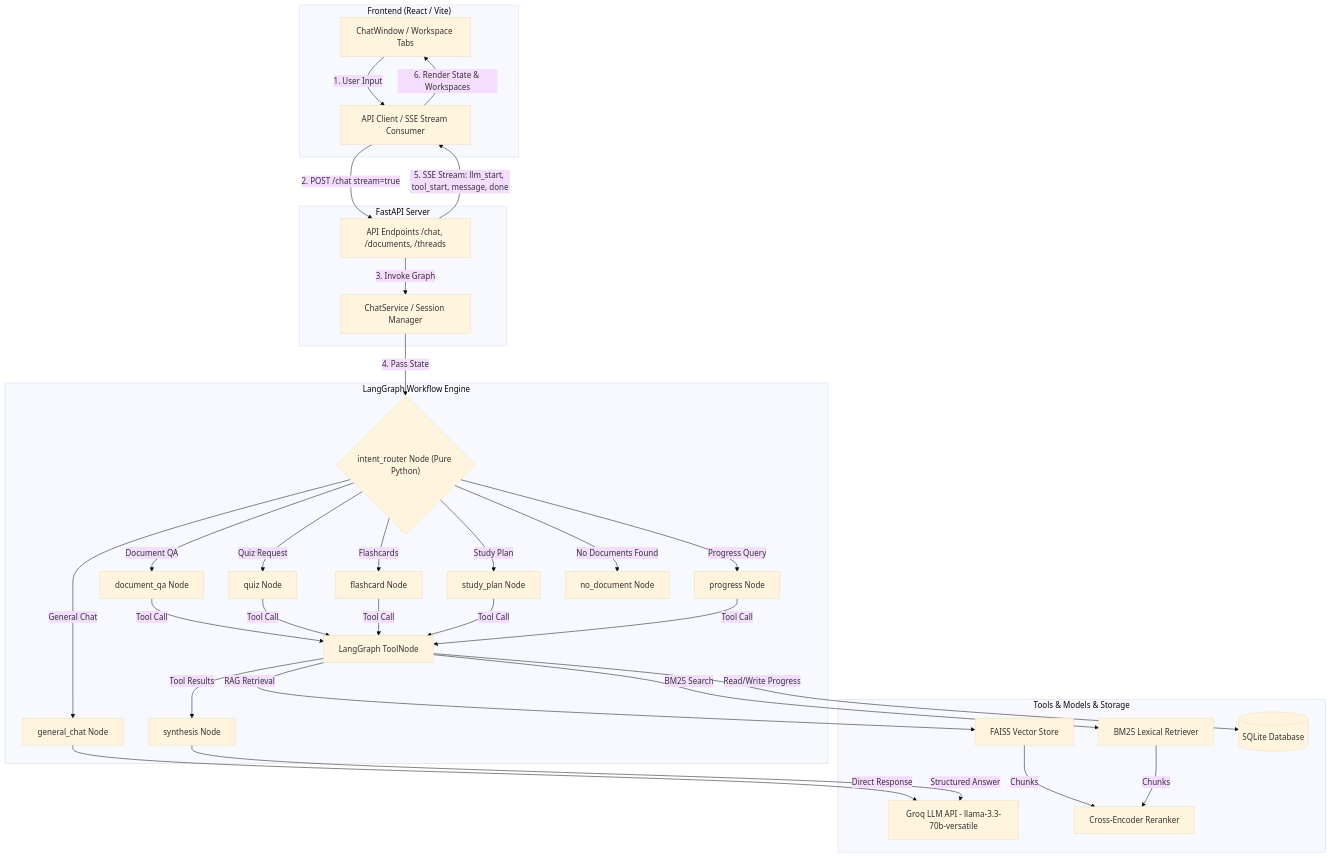
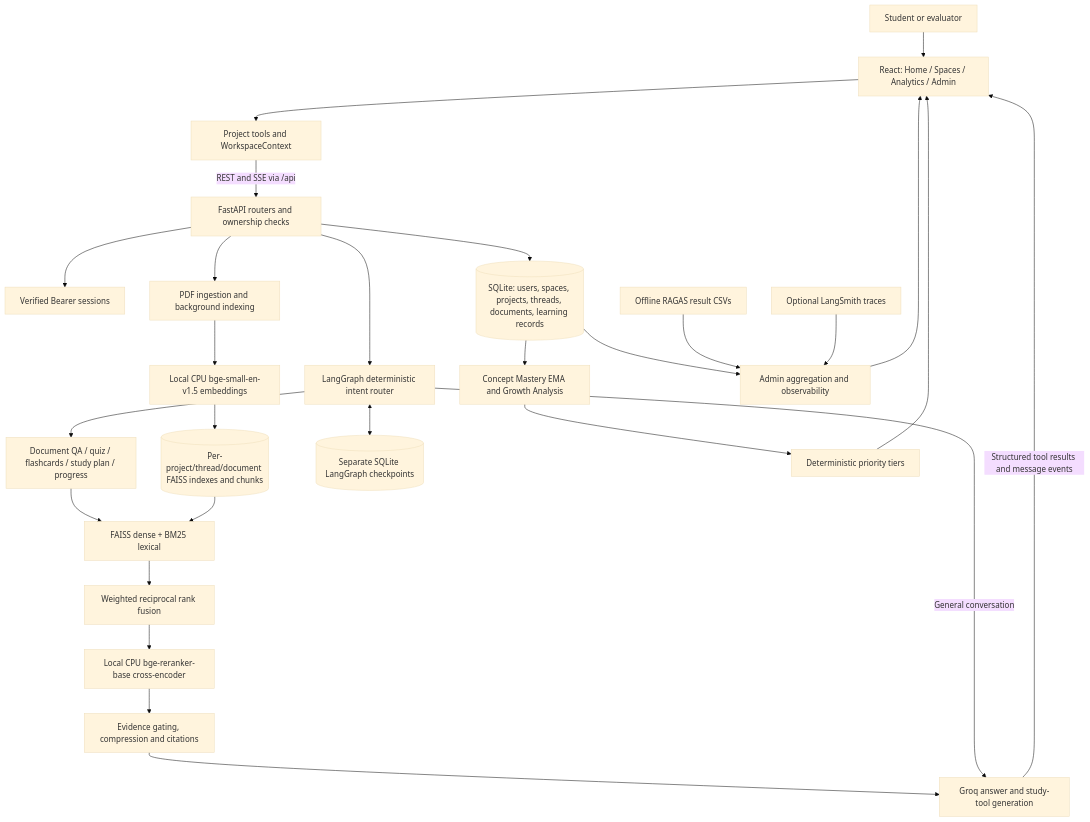
One commit to Gayathri-b-06/StudyMate changed the diagram in PROJECT_ARCHITECTURE.md. Above: the diagram before and after it, drawn with Mermaid (base theme). The commit also changed other lines of this file and 1317 other files, not shown here.

````diff
--- a/PROJECT_ARCHITECTURE.md
+++ b/PROJECT_ARCHITECTURE.md
@@ -41,66 +7,29 @@
 ```mermaid
 flowchart TD
-    subgraph Client ["Frontend (React / Vite)"]
-        UI[ChatWindow / Workspace Tabs]
-        ClientAPI[API Client / SSE Stream Consumer]
-    end
-
-    subgraph Backend ["FastAPI Server"]
-        Router[API Endpoints /chat, /documents, /threads]
-        ChatService[ChatService / Session Manager]
-    end
-
-    subgraph Graph ["LangGraph Workflow Engine"]
-        IntentRouter{"intent_router Node (Pure Python)"}
-        
-        BranchGeneral[general_chat Node]
-        BranchDoc[document_qa Node]
-        BranchQuiz[quiz Node]
-        BranchFlash[flashcard Node]
-        BranchPlan[study_plan Node]
-        BranchProg[progress Node]
-        BranchNoDoc[no_document Node]
-
-        ToolNode[LangGraph ToolNode]
-        Synthesis[synthesis Node]
-    end
-
-    subgraph External ["Tools & Models & Storage"]
-        Groq[Groq LLM API - llama-3.3-70b-versatile]
-        FAISS[FAISS Vector Store]
-        BM25[BM25 Lexical Retriever]
-        Reranker[Cross-Encoder Reranker]
-        DB[(SQLite Database)]
-    end
-
-    UI -->|1. User Input| ClientAPI
-    ClientAPI -->|2. POST /chat stream=true| Router
-    Router -->|3. Invoke Graph| ChatService
-    ChatService -->|4. Pass State| IntentRouter
-
-    IntentRouter -->|General Chat| BranchGeneral
-    IntentRouter -->|Document QA| BranchDoc
-    IntentRouter -->|Quiz Request| BranchQuiz
-    IntentRouter -->|Flashcards| BranchFlash
-    IntentRouter -->|Study Plan| BranchPlan
-    IntentRouter -->|Progress Query| BranchProg
-    IntentRouter -->|No Documents Found| BranchNoDoc
-
-    BranchDoc -->|Tool Call| ToolNode
-    BranchQuiz -->|Tool Call| ToolNode
-    BranchFlash -->|Tool Call| ToolNode
-    BranchPlan -->|Tool Call| ToolNode
-    BranchProg -->|Tool Call| ToolNode
-
-    ToolNode -->|RAG Retrieval| FAISS
-    ToolNode -->|BM25 Search| BM25
-    FAISS & BM25 -->|Chunks| Reranker
-    ToolNode -->|Read/Write Progress| DB
-
-    ToolNode -->|Tool Results| Synthesis
-    BranchGeneral -->|Direct Response| Groq
-    Synthesis -->|Structured Answer| Groq
-
-    Router -->|5. SSE Stream: llm_start, tool_start, message, done| ClientAPI
-    ClientAPI -->|6. Render State & Workspaces| UI
+    User[Student or evaluator] --> UI[React: Home / Spaces / Analytics / Admin]
+    UI --> Workspace[Project tools and WorkspaceContext]
+    Workspace -->|REST and SSE via /api| API[FastAPI routers and ownership checks]
+    API --> Auth[Verified Bearer sessions]
+    API --> DB[(SQLite: users, spaces, projects, threads, documents, learning records)]
+    API --> Ingest[PDF ingestion and background indexing]
+    Ingest --> Embed[Local CPU bge-small-en-v1.5 embeddings]
+    Embed --> Index[(Per-project/thread/document FAISS indexes and chunks)]
+    API --> Graph[LangGraph deterministic intent router]
+    Graph --> Tools[Document QA / quiz / flashcards / study plan / progress]
+    Tools --> Retrieval[FAISS dense + BM25 lexical]
+    Index --> Retrieval
+    Retrieval --> RRF[Weighted reciprocal rank fusion]
+    RRF --> Rank[Local CPU bge-reranker-base cross-encoder]
+    Rank --> Evidence[Evidence gating, compression and citations]
+    Evidence --> Groq[Groq answer and study-tool generation]
+    Graph -->|General conversation| Groq
+    Graph <--> Checkpoints[(Separate SQLite LangGraph checkpoints)]
+    Groq -->|Structured tool results and message events| UI
+    DB --> Mastery[Concept Mastery EMA and Growth Analysis]
+    Mastery --> Recommendations[Deterministic priority tiers]
+    Recommendations --> UI
+    DB --> Admin[Admin aggregation and observability]
+    CSV[Offline RAGAS result CSVs] --> Admin
+    LangSmith[Optional LangSmith traces] --> Admin
+    Admin --> UI
 ```
````
